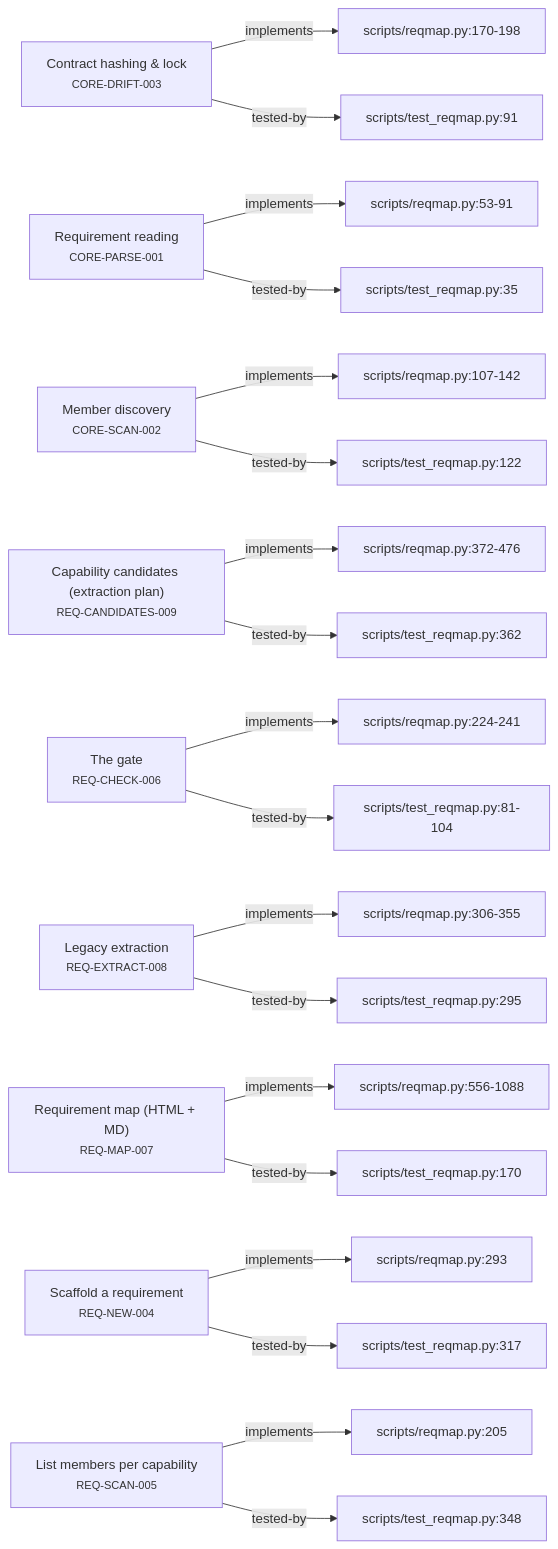
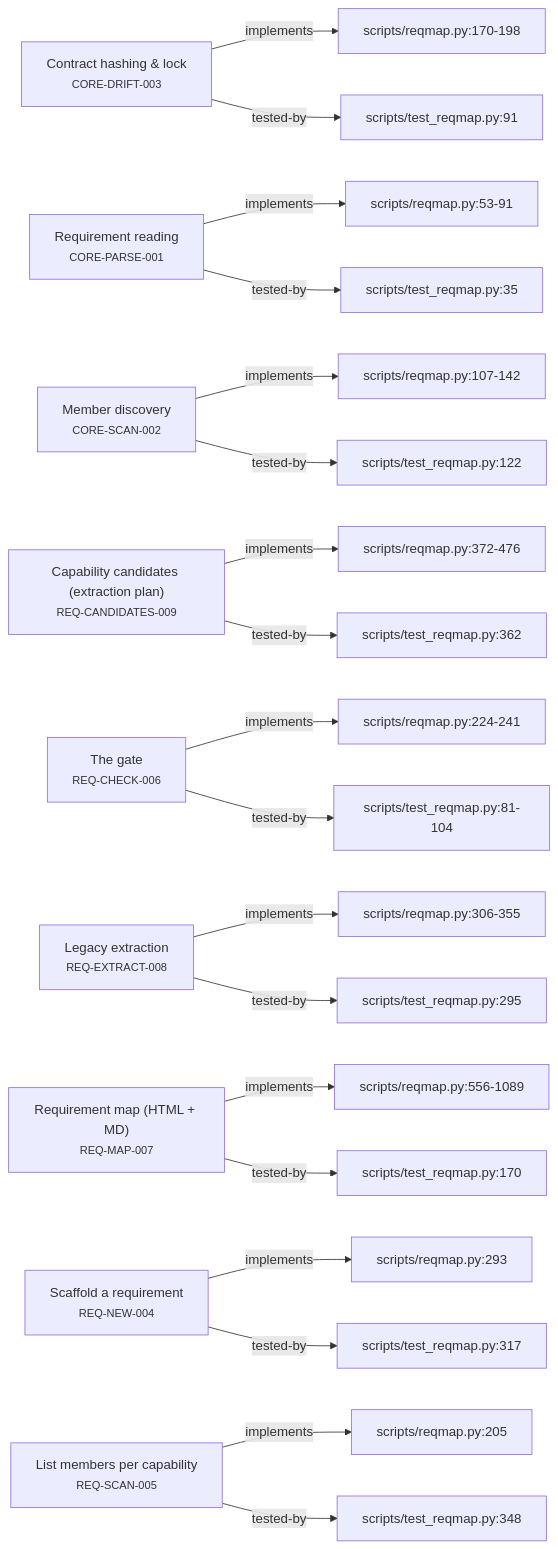
The second of 5 diagrams in plugin/requirements/_map.md (alxmax/Requirement-manager), drawn with Mermaid before and after one commit. The commit also changed other lines of this file and 2 other files, not shown here.

Commit message:
feat(map): center button is now a CS:GO-style crosshair reticle (inline SVG)

````diff
--- a/plugin/requirements/_map.md
+++ b/plugin/requirements/_map.md
@@ -37,48 +37,48 @@
 ```mermaid
 graph LR
   CORE_DRIFT_003["Contract hashing & lock<br><small>CORE-DRIFT-003</small>"]
   f_scripts_reqmap_py_170_198["scripts/reqmap.py:170-198"]
   CORE_DRIFT_003 -->|implements| f_scripts_reqmap_py_170_198
   f_scripts_test_reqmap_py_91["scripts/test_reqmap.py:91"]
   CORE_DRIFT_003 -->|tested-by| f_scripts_test_reqmap_py_91
   CORE_PARSE_001["Requirement reading<br><small>CORE-PARSE-001</small>"]
   f_scripts_reqmap_py_53_91["scripts/reqmap.py:53-91"]
   CORE_PARSE_001 -->|implements| f_scripts_reqmap_py_53_91
   f_scripts_test_reqmap_py_35["scripts/test_reqmap.py:35"]
   CORE_PARSE_001 -->|tested-by| f_scripts_test_reqmap_py_35
   CORE_SCAN_002["Member discovery<br><small>CORE-SCAN-002</small>"]
   f_scripts_reqmap_py_107_142["scripts/reqmap.py:107-142"]
   CORE_SCAN_002 -->|implements| f_scripts_reqmap_py_107_142
   f_scripts_test_reqmap_py_122["scripts/test_reqmap.py:122"]
   CORE_SCAN_002 -->|tested-by| f_scripts_test_reqmap_py_122
   REQ_CANDIDATES_009["Capability candidates (extraction plan)<br><small>REQ-CANDIDATES-009</small>"]
   f_scripts_reqmap_py_372_476["scripts/reqmap.py:372-476"]
   REQ_CANDIDATES_009 -->|implements| f_scripts_reqmap_py_372_476
   f_scripts_test_reqmap_py_362["scripts/test_reqmap.py:362"]
   REQ_CANDIDATES_009 -->|tested-by| f_scripts_test_reqmap_py_362
   REQ_CHECK_006["The gate<br><small>REQ-CHECK-006</small>"]
   f_scripts_reqmap_py_224_241["scripts/reqmap.py:224-241"]
   REQ_CHECK_006 -->|implements| f_scripts_reqmap_py_224_241
   f_scripts_test_reqmap_py_81_104["scripts/test_reqmap.py:81-104"]
   REQ_CHECK_006 -->|tested-by| f_scripts_test_reqmap_py_81_104
   REQ_EXTRACT_008["Legacy extraction<br><small>REQ-EXTRACT-008</small>"]
   f_scripts_reqmap_py_306_355["scripts/reqmap.py:306-355"]
   REQ_EXTRACT_008 -->|implements| f_scripts_reqmap_py_306_355
   f_scripts_test_reqmap_py_295["scripts/test_reqmap.py:295"]
   REQ_EXTRACT_008 -->|tested-by| f_scripts_test_reqmap_py_295
   REQ_MAP_007["Requirement map (HTML + MD)<br><small>REQ-MAP-007</small>"]
-  f_scripts_reqmap_py_556_1088["scripts/reqmap.py:556-1088"]
-  REQ_MAP_007 -->|implements| f_scripts_reqmap_py_556_1088
+  f_scripts_reqmap_py_556_1089["scripts/reqmap.py:556-1089"]
+  REQ_MAP_007 -->|implements| f_scripts_reqmap_py_556_1089
   f_scripts_test_reqmap_py_170["scripts/test_reqmap.py:170"]
   REQ_MAP_007 -->|tested-by| f_scripts_test_reqmap_py_170
   REQ_NEW_004["Scaffold a requirement<br><small>REQ-NEW-004</small>"]
   f_scripts_reqmap_py_293["scripts/reqmap.py:293"]
   REQ_NEW_004 -->|implements| f_scripts_reqmap_py_293
   f_scripts_test_reqmap_py_317["scripts/test_reqmap.py:317"]
   REQ_NEW_004 -->|tested-by| f_scripts_test_reqmap_py_317
   REQ_SCAN_005["List members per capability<br><small>REQ-SCAN-005</small>"]
   f_scripts_reqmap_py_205["scripts/reqmap.py:205"]
   REQ_SCAN_005 -->|implements| f_scripts_reqmap_py_205
   f_scripts_test_reqmap_py_348["scripts/test_reqmap.py:348"]
   REQ_SCAN_005 -->|tested-by| f_scripts_test_reqmap_py_348
 ```
````
